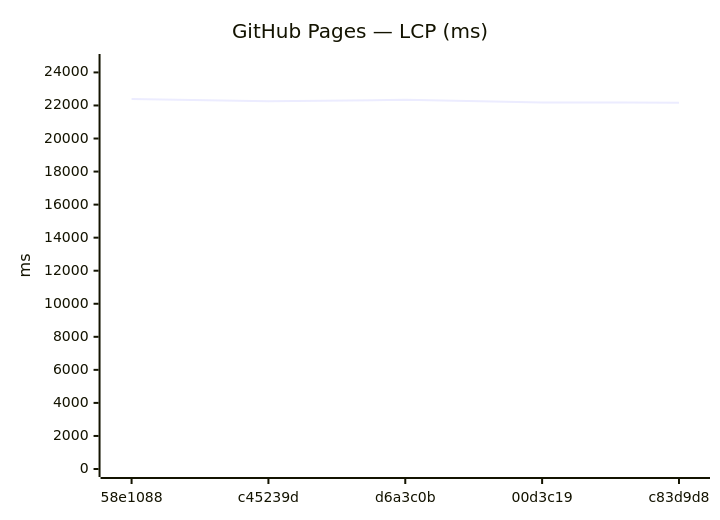
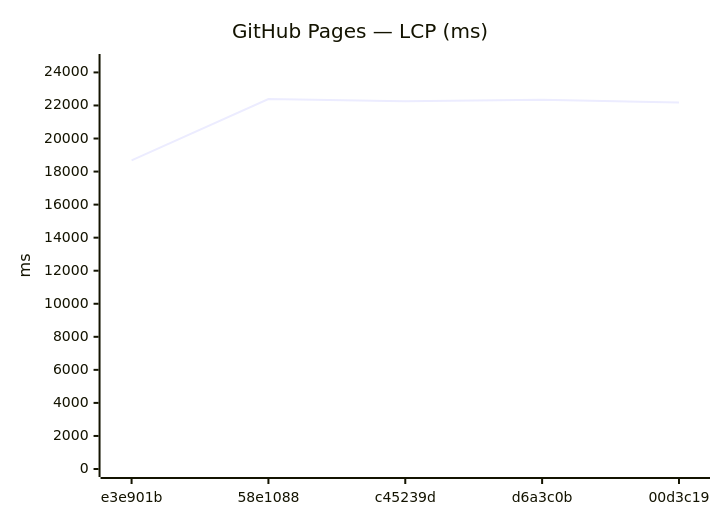
The ninth of 18 diagrams in benchmarks/compare.md (Metaheurist/Rianell), drawn with Mermaid before and after one commit. The commit also changed other lines of this file and 11 other files, not shown here.

````diff
--- a/benchmarks/compare.md
+++ b/benchmarks/compare.md
@@ -142,7 +142,7 @@
 ```mermaid
 xychart-beta
     title "GitHub Pages — LCP (ms)"
-    x-axis ["58e1088", "c45239d", "d6a3c0b", "00d3c19", "c83d9d8"]
+    x-axis ["e3e901b", "58e1088", "c45239d", "d6a3c0b", "00d3c19"]
     y-axis "ms" 0 --> 24631
-    line [22391, 22250, 22344, 22178, 22170]
+    line [18674, 22391, 22250, 22344, 22178]
 ```
````
